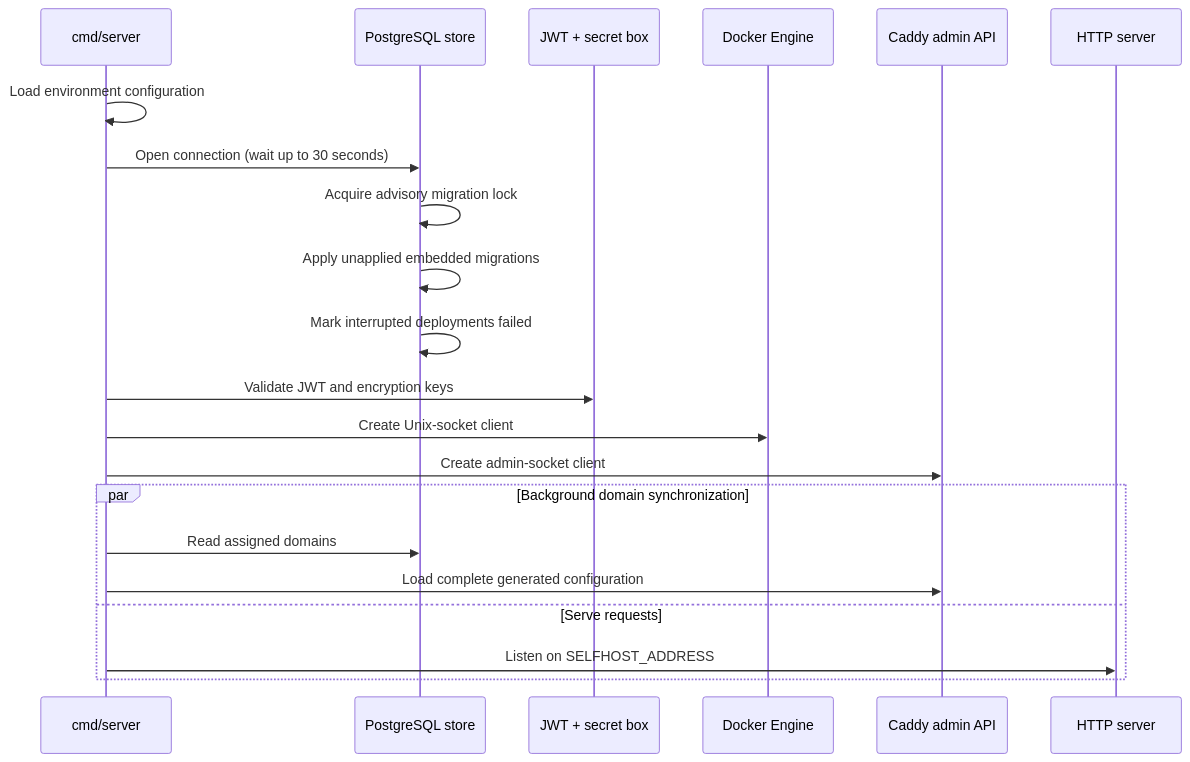
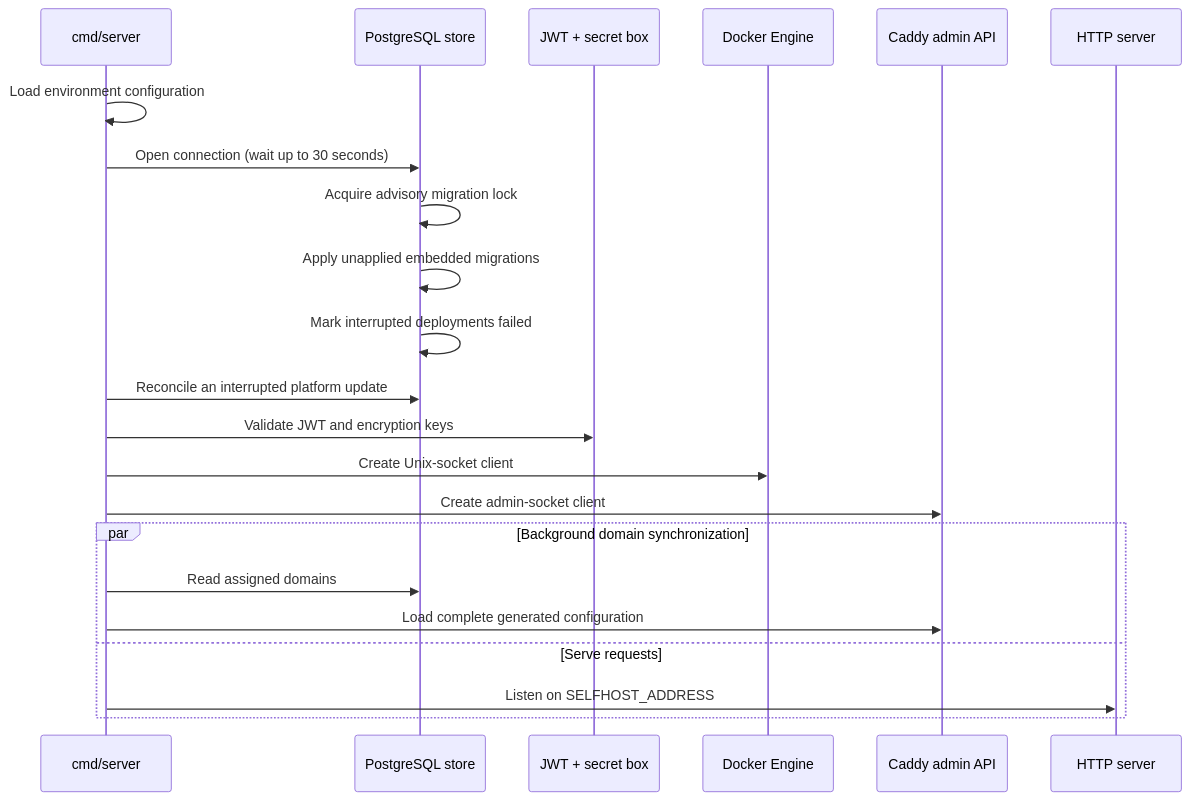
The third of 8 diagrams in docs/ARCHITECTURE.md (azayr/dokyr), drawn with Mermaid before and after one commit. The commit also changed other lines of this file and 19 other files, not shown here.

````diff
--- a/docs/ARCHITECTURE.md
+++ b/docs/ARCHITECTURE.md
@@ -133,24 +137,25 @@
 ```mermaid
 sequenceDiagram
     participant Main as cmd/server
     participant Store as PostgreSQL store
     participant Auth as JWT + secret box
     participant Docker as Docker Engine
     participant Caddy as Caddy admin API
     participant HTTP as HTTP server
 
     Main->>Main: Load environment configuration
     Main->>Store: Open connection (wait up to 30 seconds)
     Store->>Store: Acquire advisory migration lock
     Store->>Store: Apply unapplied embedded migrations
     Store->>Store: Mark interrupted deployments failed
+    Main->>Store: Reconcile an interrupted platform update
     Main->>Auth: Validate JWT and encryption keys
     Main->>Docker: Create Unix-socket client
     Main->>Caddy: Create admin-socket client
     par Background domain synchronization
         Main->>Store: Read assigned domains
         Main->>Caddy: Load complete generated configuration
     and Serve requests
         Main->>HTTP: Listen on SELFHOST_ADDRESS
     end
 ```
````
